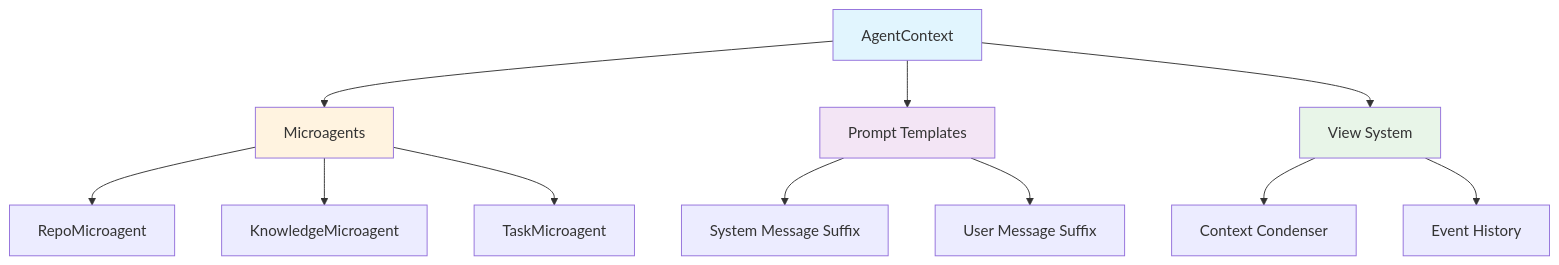
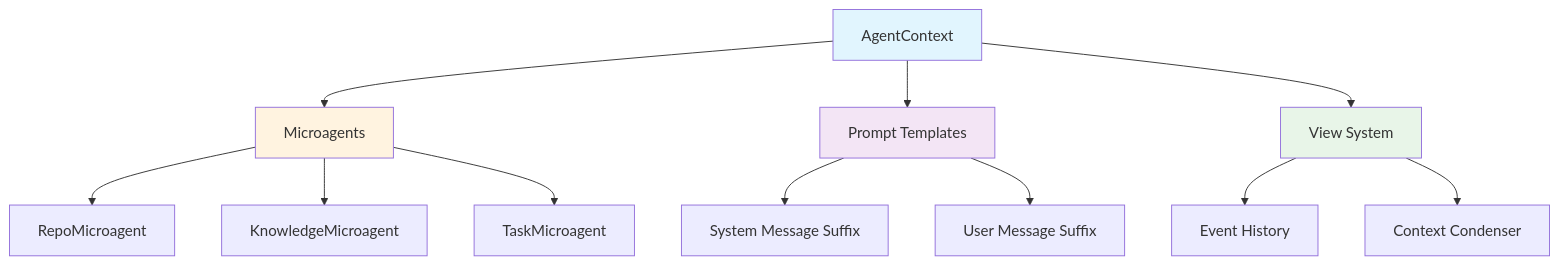
One commit to All-Hands-AI/agent-sdk changed the diagram in docs/architecture/context.mdx. Above: the diagram before and after it, drawn with Mermaid. The commit also changed 5 other files, not shown here.

First line of the commit message:
docs: improve mermaid chart readability across architecture docs

````diff
--- a/docs/architecture/context.mdx
+++ b/docs/architecture/context.mdx
@@ -10,21 +10,21 @@
 ```mermaid
-graph TB
+graph TD
     AgentContext[AgentContext] --> Microagents[Microagents]
     AgentContext --> Prompts[Prompt Templates]
     AgentContext --> View[View System]
     
     Microagents --> RepoMicroagent[RepoMicroagent]
     Microagents --> KnowledgeMicroagent[KnowledgeMicroagent]
     Microagents --> TaskMicroagent[TaskMicroagent]
     
+    View --> Events[Event History]
     View --> Condenser[Context Condenser]
-    View --> Events[Event History]
     
     Prompts --> SystemSuffix[System Message Suffix]
     Prompts --> UserSuffix[User Message Suffix]
     
     style AgentContext fill:#e1f5fe
     style Microagents fill:#fff3e0
     style View fill:#e8f5e8
     style Prompts fill:#f3e5f5
 ```
````
